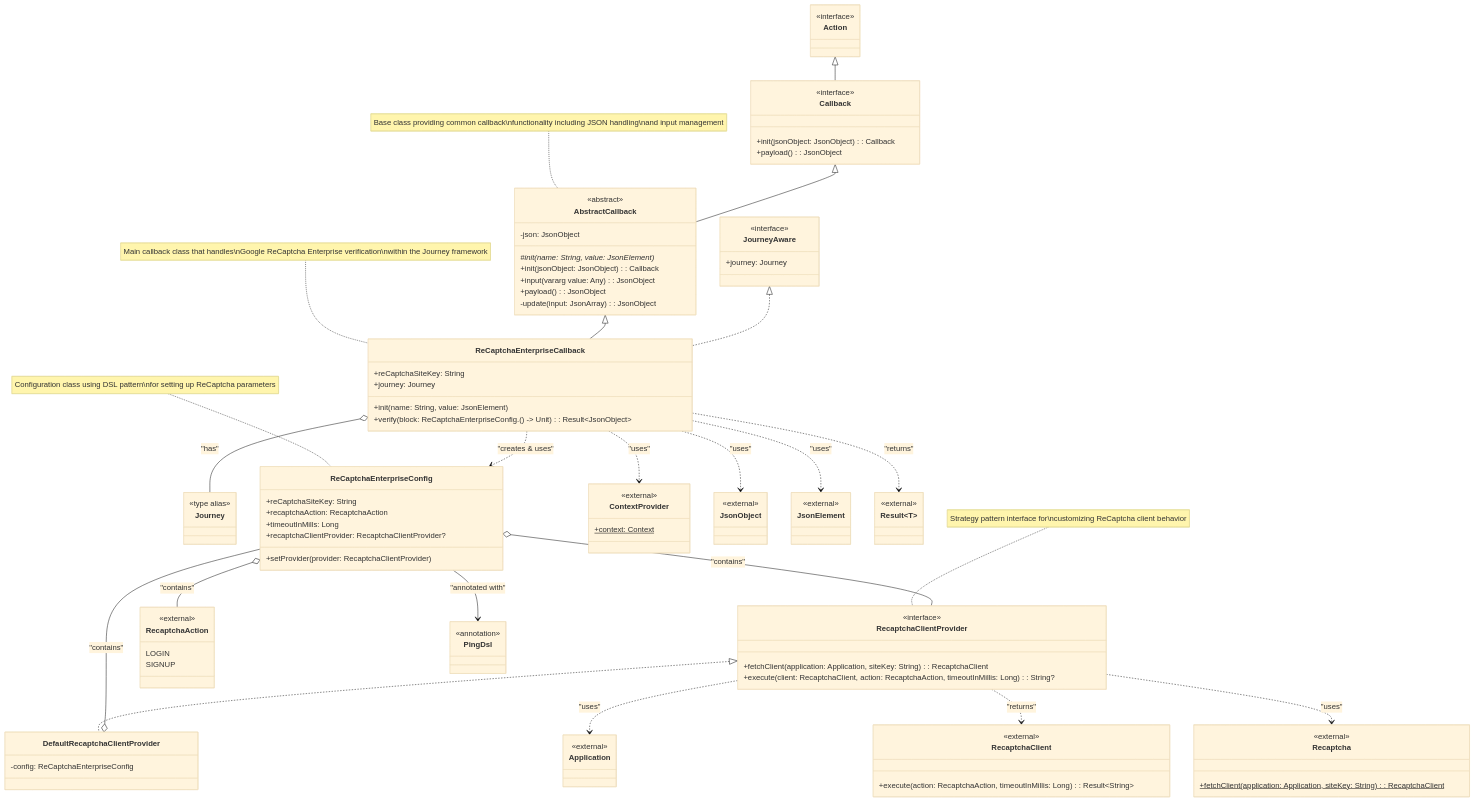
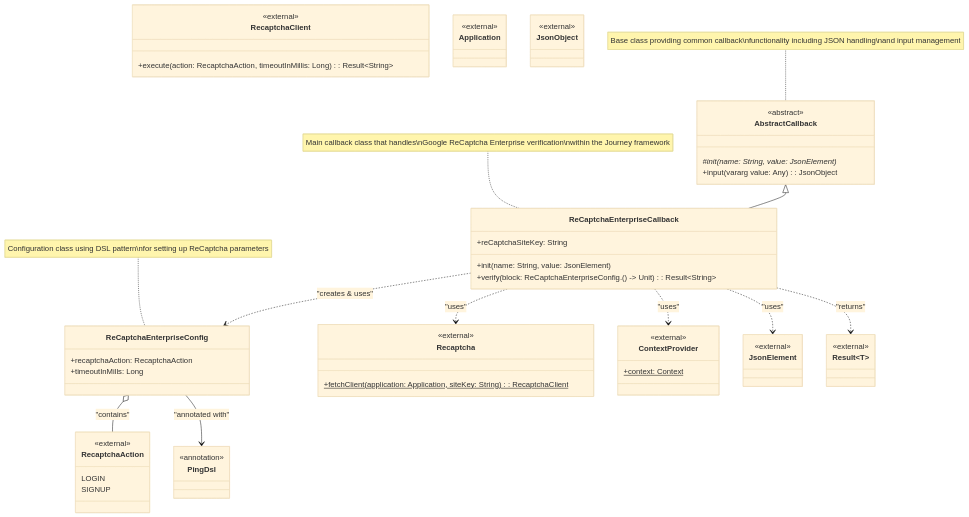
One commit to ForgeRock/ping-android-sdk changed the diagram in recaptcha/recaptcha-enterprise/CONCEPT.md. Above: the diagram before and after it, drawn with Mermaid (base theme). The commit also changed other lines of this file and 8 other files, not shown here.

First line of the commit message:
Refactor: Simplify ReCaptchaEnterpriseCallback by removing provider abstraction

````diff
--- a/recaptcha/recaptcha-enterprise/CONCEPT.md
+++ b/recaptcha/recaptcha-enterprise/CONCEPT.md
@@ -5,60 +5,22 @@
 ```mermaid
 classDiagram
     %% Core Interfaces and Abstract Classes
-    class Action {
-        <<interface>>
-    }
-    
-    class Callback {
-        <<interface>>
-        +init(jsonObject: JsonObject): Callback
-        +payload(): JsonObject
-    }
-    
     class AbstractCallback {
         <<abstract>>
-        -json: JsonObject
         #init(name: String, value: JsonElement)*
-        +init(jsonObject: JsonObject): Callback
         +input(vararg value: Any): JsonObject
-        +payload(): JsonObject
-        -update(input: JsonArray): JsonObject
-    }
-    
-    class JourneyAware {
-        <<interface>>
-        +journey: Journey
-    }
-    
-    class Journey {
-        <<type alias>>
-        %% Journey is a type alias for Workflow
     }
     
     %% ReCaptcha Enterprise Classes
     class ReCaptchaEnterpriseCallback {
         +reCaptchaSiteKey: String
-        +journey: Journey
         +init(name: String, value: JsonElement)
-        +verify(block: ReCaptchaEnterpriseConfig.() -> Unit): Result~JsonObject~
+        +verify(block: ReCaptchaEnterpriseConfig.() -> Unit): Result~String~
     }
     
     class ReCaptchaEnterpriseConfig {
-        +reCaptchaSiteKey: String
         +recaptchaAction: RecaptchaAction
         +timeoutInMills: Long
-        +recaptchaClientProvider: RecaptchaClientProvider?
-        +setProvider(provider: RecaptchaClientProvider)
-    }
-    
-    class RecaptchaClientProvider {
-        <<interface>>
-        +fetchClient(application: Application, siteKey: String): RecaptchaClient
-        +execute(client: RecaptchaClient, action: RecaptchaAction, timeoutInMillis: Long): String?
-    }
-    
-    class DefaultRecaptchaClientProvider {
-        -config: ReCaptchaEnterpriseConfig
     }
     
     %% Google ReCaptcha Classes (External Dependencies)
@@ -109,32 +71,21 @@
     }
     
     %% Relationships - Inheritance
-    Action <|-- Callback
-    Callback <|-- AbstractCallback
     AbstractCallback <|-- ReCaptchaEnterpriseCallback
-    JourneyAware <|.. ReCaptchaEnterpriseCallback
-    RecaptchaClientProvider <|.. DefaultRecaptchaClientProvider
     
     %% Relationships - Composition/Aggregation
-    ReCaptchaEnterpriseCallback o-- Journey : "has"
     ReCaptchaEnterpriseCallback ..> ReCaptchaEnterpriseConfig : "creates & uses"
-    ReCaptchaEnterpriseConfig o-- RecaptchaClientProvider : "contains"
     ReCaptchaEnterpriseConfig o-- RecaptchaAction : "contains"
-    DefaultRecaptchaClientProvider o-- ReCaptchaEnterpriseConfig : "contains"
     
     %% Relationships - Dependencies
-    ReCaptchaEnterpriseCallback ..> JsonObject : "uses"
     ReCaptchaEnterpriseCallback ..> JsonElement : "uses"
     ReCaptchaEnterpriseCallback ..> Result : "returns"
     ReCaptchaEnterpriseCallback ..> ContextProvider : "uses"
-    RecaptchaClientProvider ..> Application : "uses"
-    RecaptchaClientProvider ..> RecaptchaClient : "returns"
-    RecaptchaClientProvider ..> Recaptcha : "uses"
+    ReCaptchaEnterpriseCallback ..> Recaptcha : "uses"
     ReCaptchaEnterpriseConfig --> PingDsl : "annotated with"
     
     %% Notes
     note for ReCaptchaEnterpriseCallback "Main callback class that handles\nGoogle ReCaptcha Enterprise verification\nwithin the Journey framework"
     note for ReCaptchaEnterpriseConfig "Configuration class using DSL pattern\nfor setting up ReCaptcha parameters"
-    note for RecaptchaClientProvider "Strategy pattern interface for\ncustomizing ReCaptcha client behavior"
     note for AbstractCallback "Base class providing common callback\nfunctionality including JSON handling\nand input management"
 ```
````
